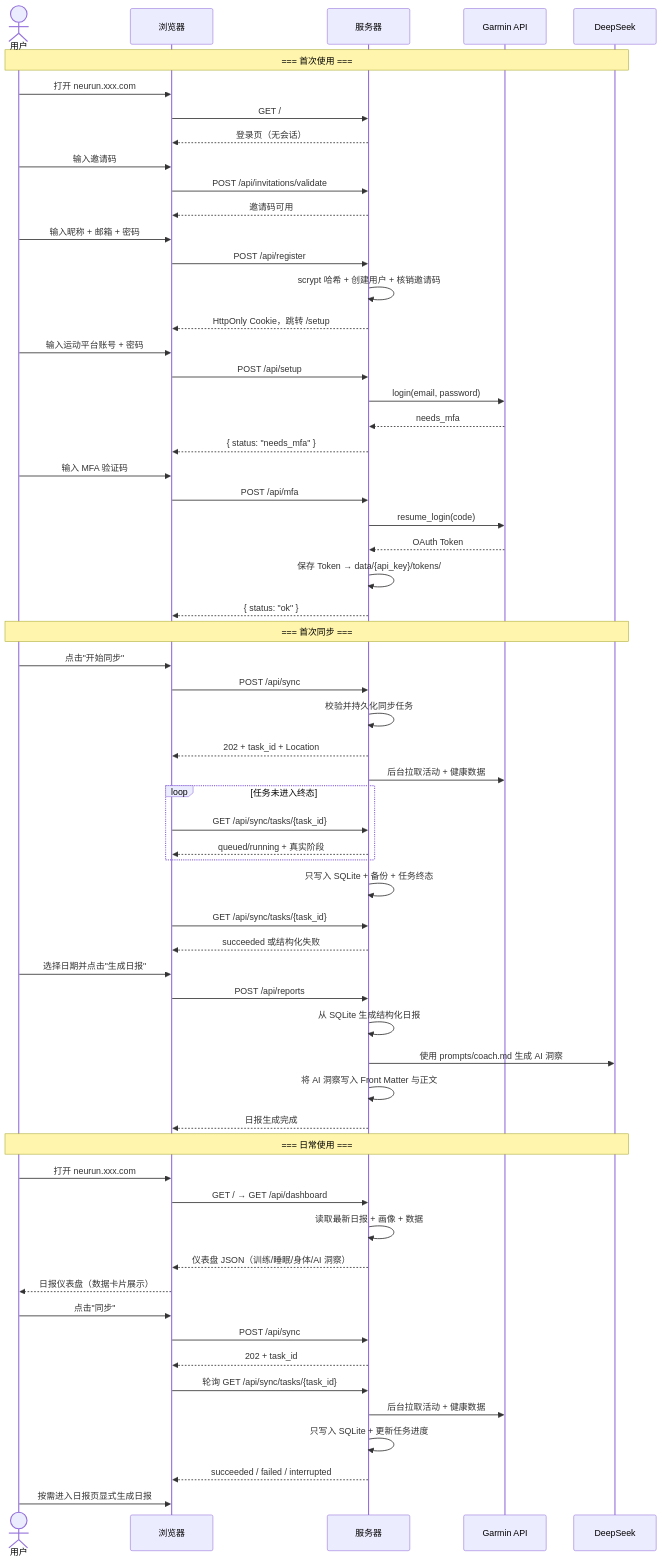
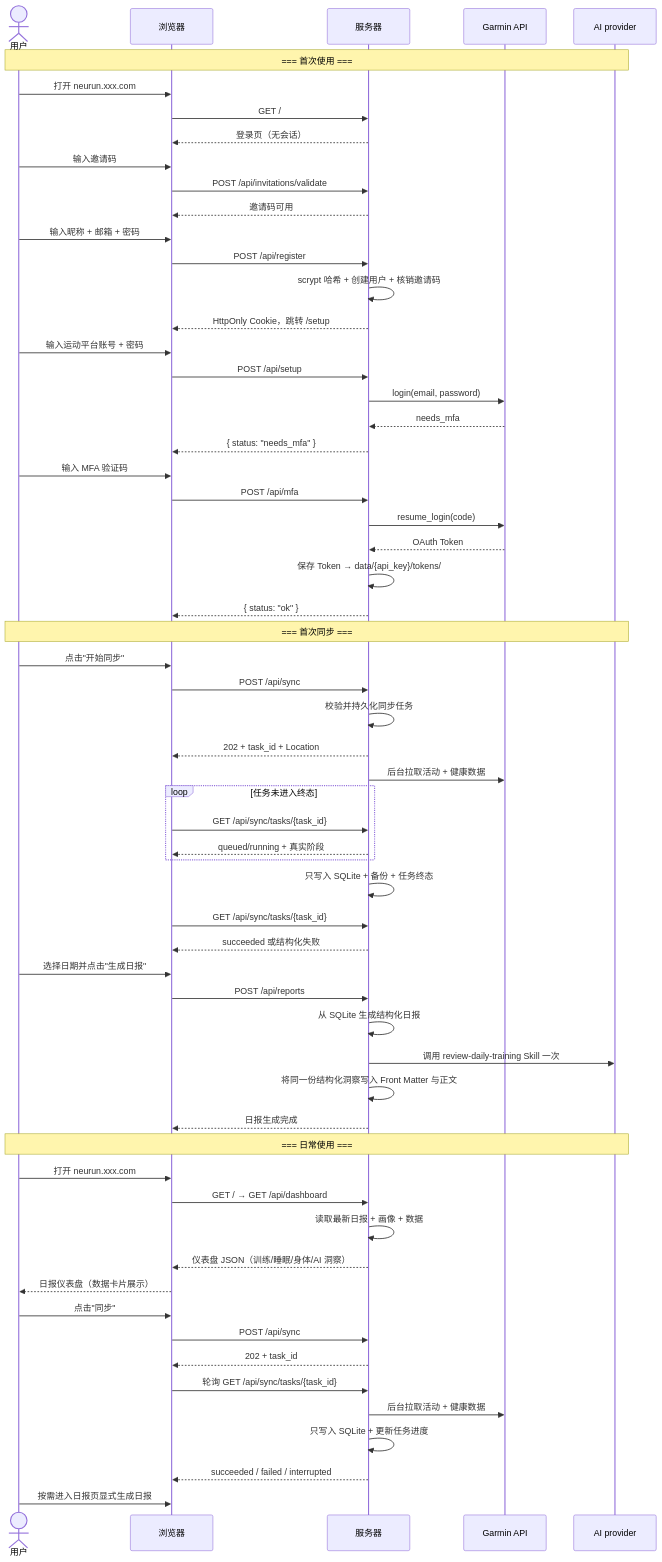
One commit to qd1993102/rundown changed the second of 3 diagrams in docs/design/13-sae-deployment.md. Above: the diagram before and after it, drawn with Mermaid. The commit also changed other lines of this file and 179 other files, not shown here.

````diff
--- a/docs/design/13-sae-deployment.md
+++ b/docs/design/13-sae-deployment.md
@@ -61,72 +63,72 @@
 ```mermaid
 sequenceDiagram
     actor User as 用户
     participant Web as 浏览器
     participant VPS as 服务器
     participant Garmin as Garmin API
-    participant DS as DeepSeek
+    participant AI as AI provider
 
-    Note over User,DS: === 首次使用 ===
+    Note over User,AI: === 首次使用 ===
 
     User->>Web: 打开 neurun.xxx.com
     Web->>VPS: GET /
     VPS-->>Web: 登录页（无会话）
     User->>Web: 输入邀请码
     Web->>VPS: POST /api/invitations/validate
     VPS-->>Web: 邀请码可用
     User->>Web: 输入昵称 + 邮箱 + 密码
     Web->>VPS: POST /api/register
     VPS->>VPS: scrypt 哈希 + 创建用户 + 核销邀请码
     VPS-->>Web: HttpOnly Cookie，跳转 /setup
 
     User->>Web: 输入运动平台账号 + 密码
     Web->>VPS: POST /api/setup
     VPS->>Garmin: login(email, password)
     Garmin-->>VPS: needs_mfa
     VPS-->>Web: { status: "needs_mfa" }
 
     User->>Web: 输入 MFA 验证码
     Web->>VPS: POST /api/mfa
     VPS->>Garmin: resume_login(code)
     Garmin-->>VPS: OAuth Token
     VPS->>VPS: 保存 Token → data/{api_key}/tokens/
     VPS-->>Web: { status: "ok" }
 
-    Note over User,DS: === 首次同步 ===
+    Note over User,AI: === 首次同步 ===
 
     User->>Web: 点击"开始同步"
     Web->>VPS: POST /api/sync
     VPS->>VPS: 校验并持久化同步任务
     VPS-->>Web: 202 + task_id + Location
     VPS->>Garmin: 后台拉取活动 + 健康数据
     loop 任务未进入终态
         Web->>VPS: GET /api/sync/tasks/{task_id}
         VPS-->>Web: queued/running + 真实阶段
     end
     VPS->>VPS: 只写入 SQLite + 备份 + 任务终态
     Web->>VPS: GET /api/sync/tasks/{task_id}
     VPS-->>Web: succeeded 或结构化失败
     User->>Web: 选择日期并点击"生成日报"
     Web->>VPS: POST /api/reports
     VPS->>VPS: 从 SQLite 生成结构化日报
-    VPS->>DS: 使用 prompts/coach.md 生成 AI 洞察
-    VPS->>VPS: 将 AI 洞察写入 Front Matter 与正文
+    VPS->>AI: 调用 review-daily-training Skill 一次
+    VPS->>VPS: 将同一份结构化洞察写入 Front Matter 与正文
     VPS-->>Web: 日报生成完成
 
-    Note over User,DS: === 日常使用 ===
+    Note over User,AI: === 日常使用 ===
 
     User->>Web: 打开 neurun.xxx.com
     Web->>VPS: GET / → GET /api/dashboard
     VPS->>VPS: 读取最新日报 + 画像 + 数据
     VPS-->>Web: 仪表盘 JSON（训练/睡眠/身体/AI 洞察）
     Web-->>User: 日报仪表盘（数据卡片展示）
 
     User->>Web: 点击"同步"
     Web->>VPS: POST /api/sync
     VPS-->>Web: 202 + task_id
     Web->>VPS: 轮询 GET /api/sync/tasks/{task_id}
     VPS->>Garmin: 后台拉取活动 + 健康数据
     VPS->>VPS: 只写入 SQLite + 更新任务进度
     VPS-->>Web: succeeded / failed / interrupted
     User->>Web: 按需进入日报页显式生成日报
 ```
````
